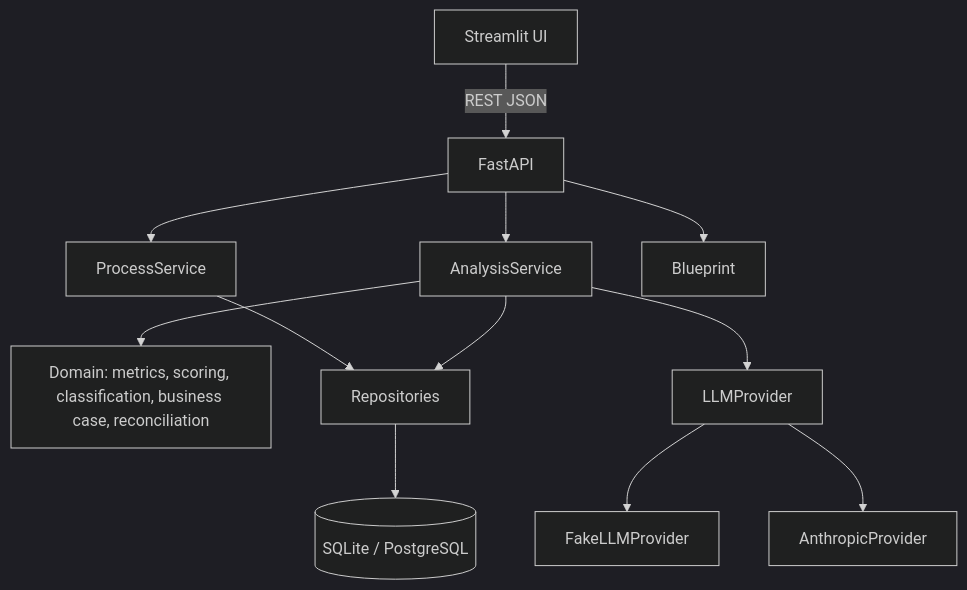
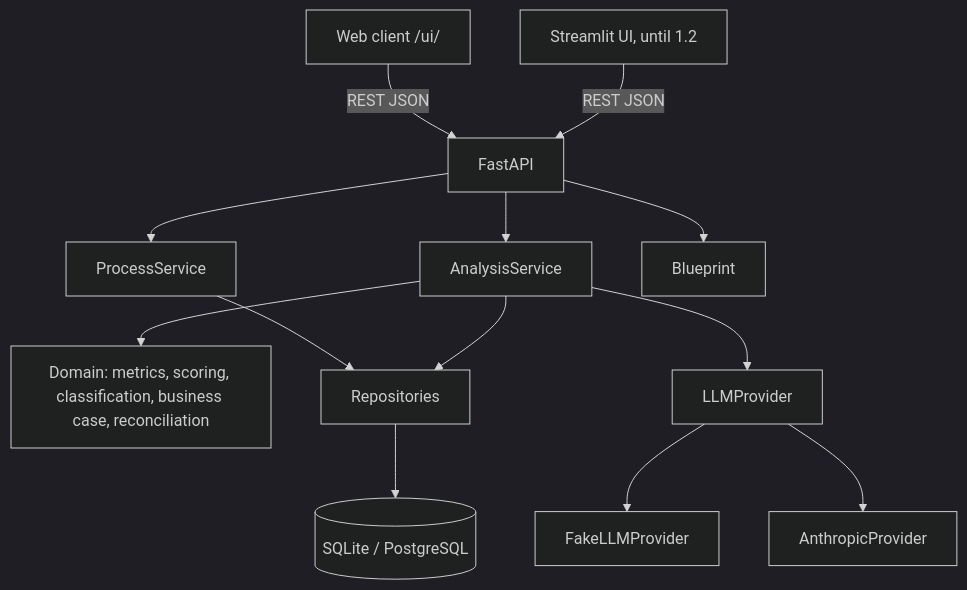
Before and after one commit to SebastianLazarte/ai-process-discovery: the first of 2 diagrams in README.md, drawn with Mermaid (dark theme). The commit also changed other lines of this file and 30 other files, not shown here.

First line of the commit message:
feat(web): vanilla web client served by FastAPI at /ui/ (#71)

````diff
--- a/README.md
+++ b/README.md
@@ -35,14 +35,15 @@
 ```mermaid
 flowchart TB
-    UI[Streamlit UI] -->|REST JSON| API[FastAPI]
+    WEB[Web client /ui/] -->|REST JSON| API[FastAPI]
+    UI[Streamlit UI, until 1.2] -->|REST JSON| API
     API --> PS[ProcessService]
     API --> AS[AnalysisService]
     API --> BS[Blueprint]
     AS --> DOM[Domain: metrics, scoring, classification, business case, reconciliation]
     AS --> LLM[LLMProvider]
     LLM --> FAKE[FakeLLMProvider]
     LLM --> ANT[AnthropicProvider]
     PS --> REPO[Repositories]
     AS --> REPO
     REPO --> DB[(SQLite / PostgreSQL)]
 ```
````
